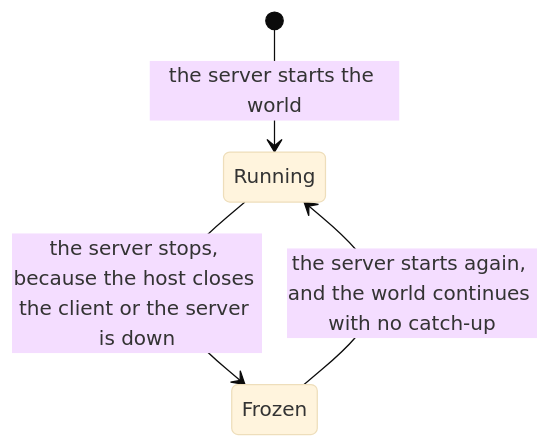
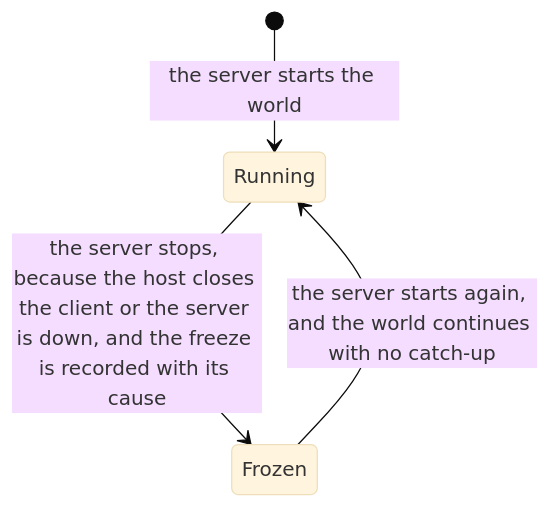
One commit to Zwaliebaba/Species.AI changed the seventh of 8 diagrams in Design/gdd/00_vision_pillars_and_core_loops.md. Above: the diagram before and after it, drawn with Mermaid (base theme). The commit also changed other lines of this file and 6 other files, not shown here.

````diff
--- a/Design/gdd/00_vision_pillars_and_core_loops.md
+++ b/Design/gdd/00_vision_pillars_and_core_loops.md
@@ -502,6 +581,6 @@
 ```mermaid
 stateDiagram-v2
     [*] --> Running: the server starts the world
-    Running --> Frozen: the server stops, because the host closes the client or the server is down
+    Running --> Frozen: the server stops, because the host closes the client or the server is down, and the freeze is recorded with its cause
     Frozen --> Running: the server starts again, and the world continues with no catch-up
 ```
````
